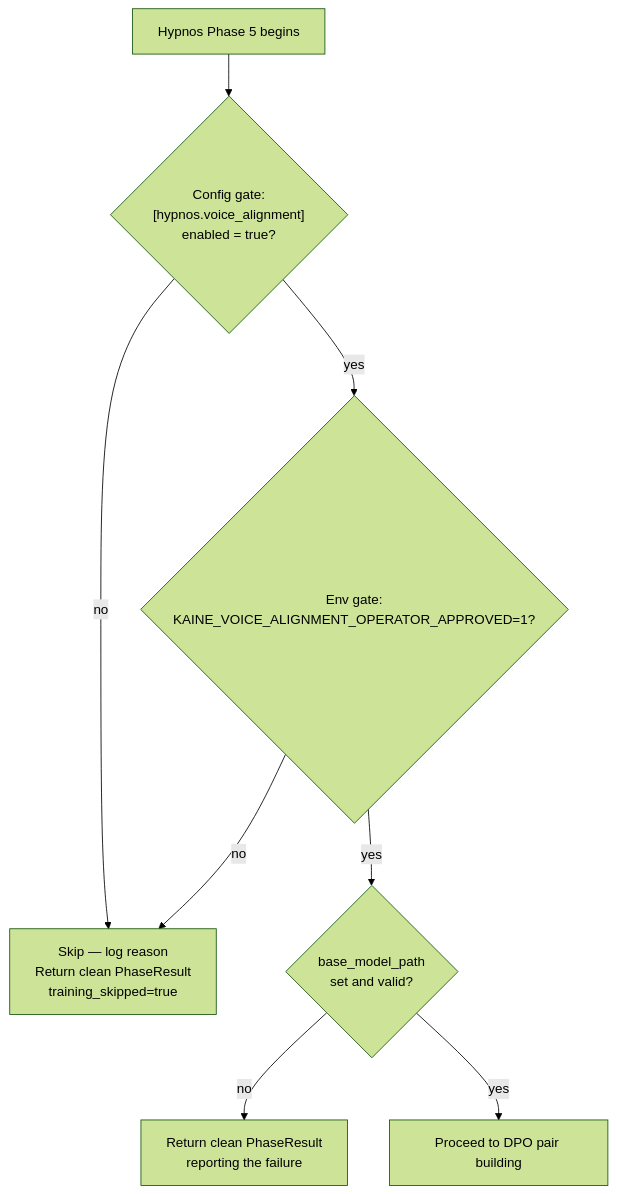
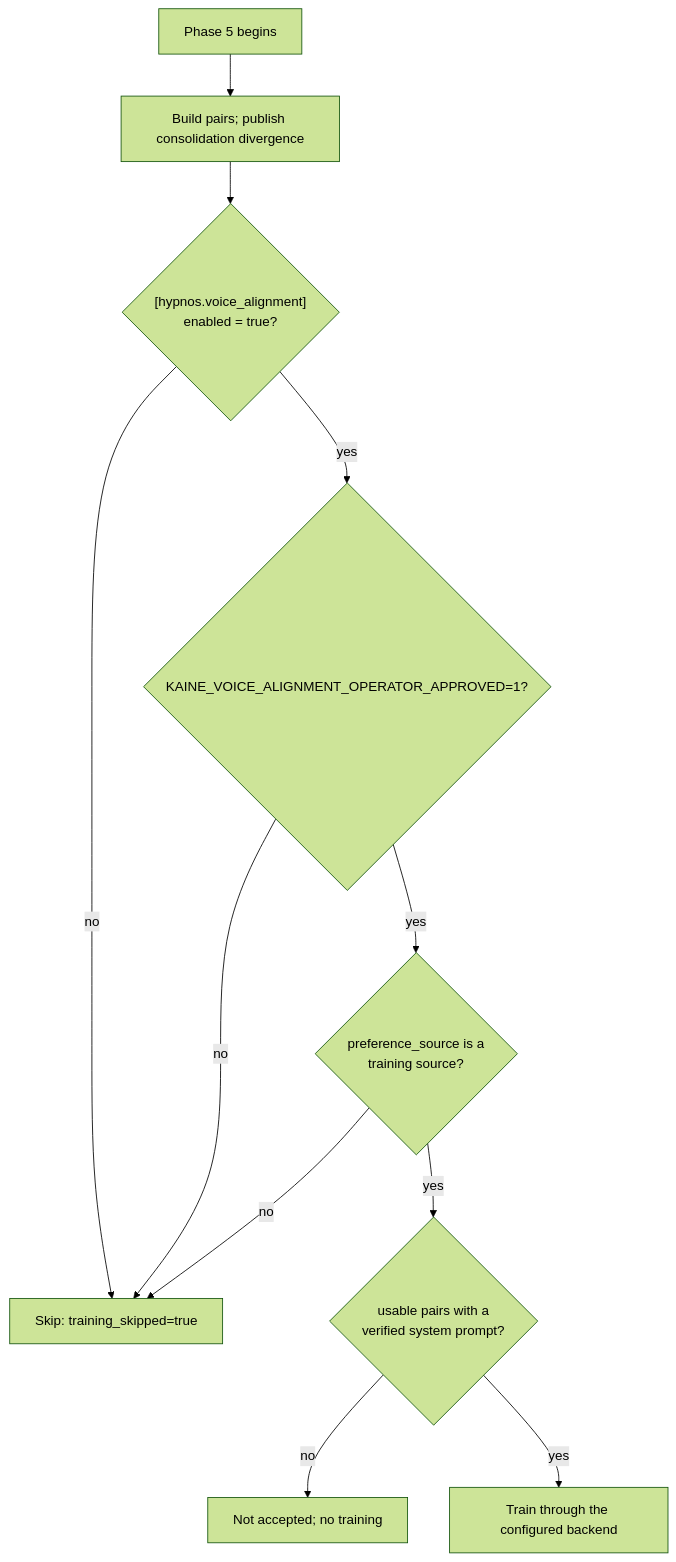
Before and after one commit to kaineone/kaine: the first of 2 diagrams in docs/10-sleep/voice-alignment.md, drawn with Mermaid (forest theme). The commit also changed other lines of this file and 72 other files, not shown here.

````diff
--- a/docs/10-sleep/voice-alignment.md
+++ b/docs/10-sleep/voice-alignment.md
@@ -21,10 +22,13 @@
 ```mermaid
 flowchart TD
-    A[Hypnos Phase 5 begins] --> B{"Config gate:\n[hypnos.voice_alignment]\nenabled = true?"}
-    B -- no --> C["Skip — log reason\nReturn clean PhaseResult\ntraining_skipped=true"]
-    B -- yes --> D{"Env gate:\nKAINE_VOICE_ALIGNMENT_OPERATOR_APPROVED=1?"}
+    A[Phase 5 begins] --> M[Build pairs; publish consolidation divergence]
+    M --> B{"[hypnos.voice_alignment]\nenabled = true?"}
+    B -- no --> C["Skip: training_skipped=true"]
+    B -- yes --> D{"KAINE_VOICE_ALIGNMENT_OPERATOR_APPROVED=1?"}
     D -- no --> C
-    D -- yes --> E{"base_model_path\nset and valid?"}
-    E -- no --> F["Return clean PhaseResult\nreporting the failure"]
-    E -- yes --> G[Proceed to DPO pair building]
+    D -- yes --> P{"preference_source is a\ntraining source?"}
+    P -- no --> C
+    P -- yes --> Q{"usable pairs with a\nverified system prompt?"}
+    Q -- no --> N["Not accepted; no training"]
+    Q -- yes --> G[Train through the configured backend]
 ```
````
